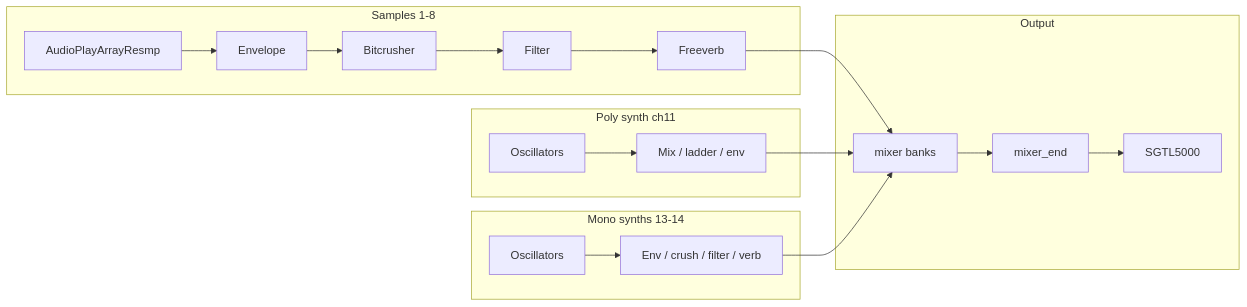
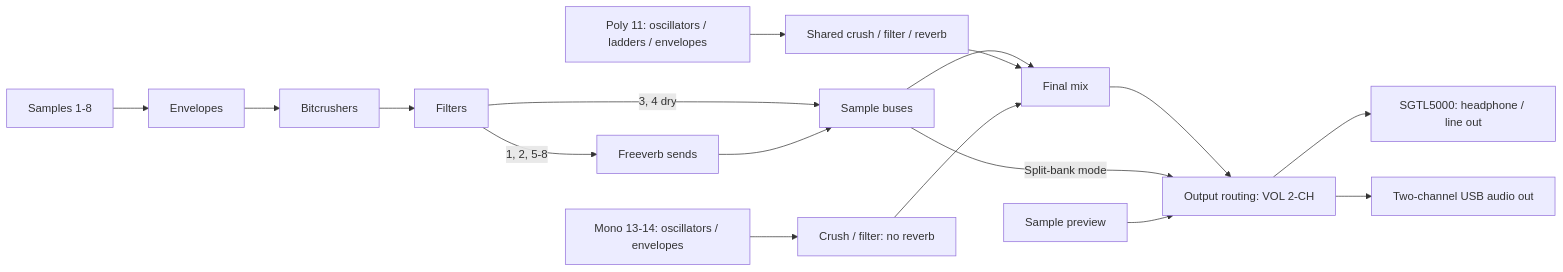
The diagram in devdocs/docs/audio/graph.md (Soundpauli/toern), drawn with Mermaid before and after one commit. The commit also changed other lines of this file and 78 other files, not shown here.

````diff
--- a/devdocs/docs/audio/graph.md
+++ b/devdocs/docs/audio/graph.md
@@ -13,31 +13,17 @@
 ```mermaid
 flowchart LR
-  subgraph samples [Samples 1-8]
-    S[AudioPlayArrayResmp]
-    SE[Envelope]
-    SB[Bitcrusher]
-    SF[Filter]
-    SR[Freeverb]
-  end
-
-  subgraph poly [Poly synth ch11]
-    PO[Oscillators]
-    PM[Mix / ladder / env]
-  end
-
-  subgraph mono [Mono synths 13-14]
-    MO[Oscillators]
-    ME[Env / crush / filter / verb]
-  end
-
-  subgraph mix [Output]
-    M1[mixer banks]
-    END[mixer_end]
-    COD[SGTL5000]
-  end
-
-  S --> SE --> SB --> SF --> SR --> M1
-  PO --> PM --> M1
-  MO --> ME --> M1
-  M1 --> END --> COD
+  S[Samples 1-8] --> ENV[Envelopes] --> BIT[Bitcrushers] --> FIL[Filters]
+  FIL -->|1, 2, 5-8| VERB[Freeverb sends]
+  FIL -->|3, 4 dry| BANK[Sample buses]
+  VERB --> BANK
+  POLY[Poly 11: oscillators / ladders / envelopes] --> PFX[Shared crush / filter / reverb]
+  MONO[Mono 13-14: oscillators / envelopes] --> MFX[Crush / filter: no reverb]
+  BANK --> END[Final mix]
+  PFX --> END
+  MFX --> END
+  END --> ROUTE[Output routing: VOL 2-CH]
+  BANK -->|Split-bank mode| ROUTE
+  PREV[Sample preview] --> ROUTE
+  ROUTE --> CODEC[SGTL5000: headphone / line out]
+  ROUTE --> USB[Two-channel USB audio out]
 ```
````
